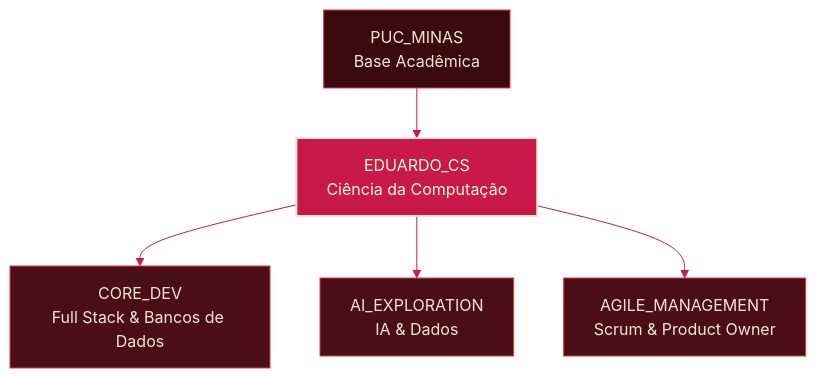
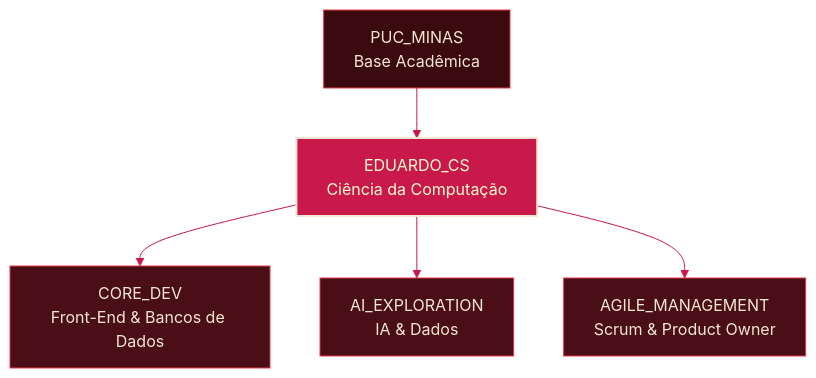
The diagram in README.md (EduardoBO4/EduardoBO4), drawn with Mermaid before and after one commit. The commit also changed other lines of this file, not shown here.

````diff
--- a/README.md
+++ b/README.md
@@ -59,35 +59,35 @@
 ```mermaid
 %%{init: {
   "theme": "base",
   "themeVariables": {
     "primaryColor": "#58111A",
     "primaryTextColor": "#F5E6D3",
     "primaryBorderColor": "#E63946",
     "lineColor": "#C9184A",
     "secondaryColor": "#3B0A0F",
     "tertiaryColor": "#4A0E17",
     "background": "#1a1a1a",
     "mainBkg": "#58111A",
     "nodeTextColor": "#F5E6D3",
     "fontFamily": "Fira Code, monospace"
   }
 }}%%
 graph TD
     EDUARDO_CS["EDUARDO_CS<br/>Ciência da Computação"]
 
     PUC_MINAS["PUC_MINAS<br/>Base Acadêmica"]
-    CORE_DEV["CORE_DEV<br/>Full Stack & Bancos de Dados"]
+    CORE_DEV["CORE_DEV<br/>Front-End & Bancos de Dados"]
     AI_EXPLORATION["AI_EXPLORATION<br/>IA & Dados"]
     AGILE_MANAGEMENT["AGILE_MANAGEMENT<br/>Scrum & Product Owner"]
 
     PUC_MINAS --> EDUARDO_CS
     EDUARDO_CS --> CORE_DEV
     EDUARDO_CS --> AI_EXPLORATION
     EDUARDO_CS --> AGILE_MANAGEMENT
 
     style EDUARDO_CS fill:#C9184A,stroke:#F5E6D3,stroke-width:2px,color:#FFFDD0
     style PUC_MINAS fill:#3B0A0F,stroke:#E63946,stroke-width:1px,color:#F5E6D3
     style CORE_DEV fill:#4A0E17,stroke:#E63946,stroke-width:1px,color:#F5E6D3
     style AI_EXPLORATION fill:#4A0E17,stroke:#E63946,stroke-width:1px,color:#F5E6D3
     style AGILE_MANAGEMENT fill:#4A0E17,stroke:#E63946,stroke-width:1px,color:#F5E6D3
 ```
````
